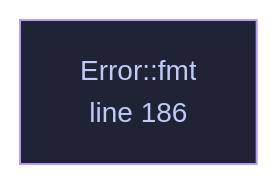
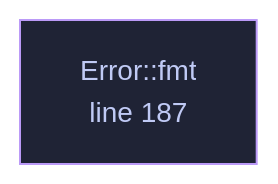
One commit to tilas01/veilvoice changed the diagram in docs/files/veilvoice-crypto/lib.md. Above: the diagram before and after it, drawn with Mermaid. The commit also changed other lines of this file and 102 other files, not shown here.

````diff
--- a/docs/files/veilvoice-crypto/lib.md
+++ b/docs/files/veilvoice-crypto/lib.md
@@ -118,8 +118,8 @@
 ```mermaid
 %%{init: {"theme":"base","themeVariables":{"background":"#1a1b26","primaryColor":"#1f2335","primaryTextColor":"#c0caf5","primaryBorderColor":"#7aa2f7","secondaryColor":"#16161e","tertiaryColor":"#16161e","lineColor":"#737aa2","textColor":"#c0caf5","mainBkg":"#1f2335","nodeBorder":"#7aa2f7","clusterBkg":"#16161e","clusterBorder":"#2f3549","fontFamily":"ui-monospace, SFMono-Regular, Consolas, monospace","fontSize":"14px"}}}%%
 flowchart TD
-    n_fmt["Error::fmt<br/>line 186"]
-    click n_fmt href "https://github.com/tilas01/veilvoice/blob/main/crates/veilvoice-crypto/src/lib.rs#L186" "open the source"
+    n_fmt["Error::fmt<br/>line 187"]
+    click n_fmt href "https://github.com/tilas01/veilvoice/blob/main/crates/veilvoice-crypto/src/lib.rs#L187" "open the source"
     classDef helper fill:#1f2335,stroke:#bb9af7,color:#c0caf5
     class n_fmt helper
 ```
````
